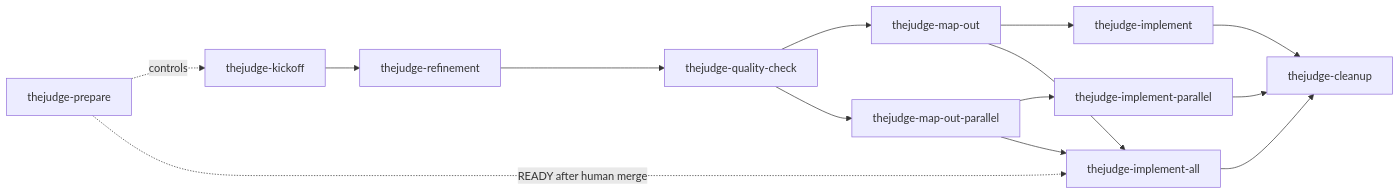
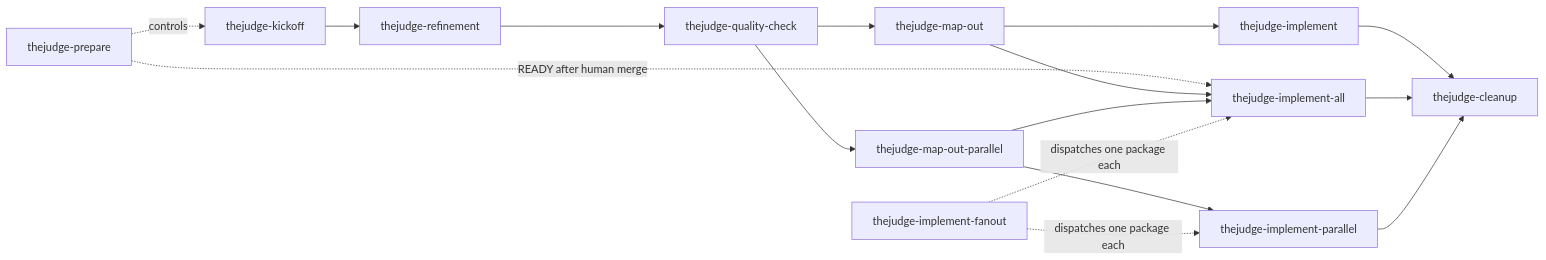
Before and after one commit to ChrisMiho/TheJudge: the diagram in AGENT-SKILLS.md, drawn with Mermaid. The commit also changed other lines of this file and 24 other files, not shown here.

First line of the commit message:
feat(skills): add thejudge-implement-fanout for cross-package parallel implementation

````diff
--- a/AGENT-SKILLS.md
+++ b/AGENT-SKILLS.md
@@ -38,16 +38,18 @@
 ```mermaid
 flowchart LR
   prepare[thejudge-prepare] -. controls .-> kickoff
   prepare -. READY after human merge .-> implementall
   kickoff[thejudge-kickoff] --> refinement[thejudge-refinement]
   refinement --> qc[thejudge-quality-check]
   qc --> mapout[thejudge-map-out]
   qc --> mapoutp[thejudge-map-out-parallel]
   mapout --> implement[thejudge-implement]
   mapout --> implementall[thejudge-implement-all]
   mapoutp --> implementp[thejudge-implement-parallel]
   mapoutp --> implementall
   implement --> cleanup[thejudge-cleanup]
   implementall --> cleanup
   implementp --> cleanup
+  fanout[thejudge-implement-fanout] -. dispatches one package each .-> implementall
+  fanout -. dispatches one package each .-> implementp
 ```
````
